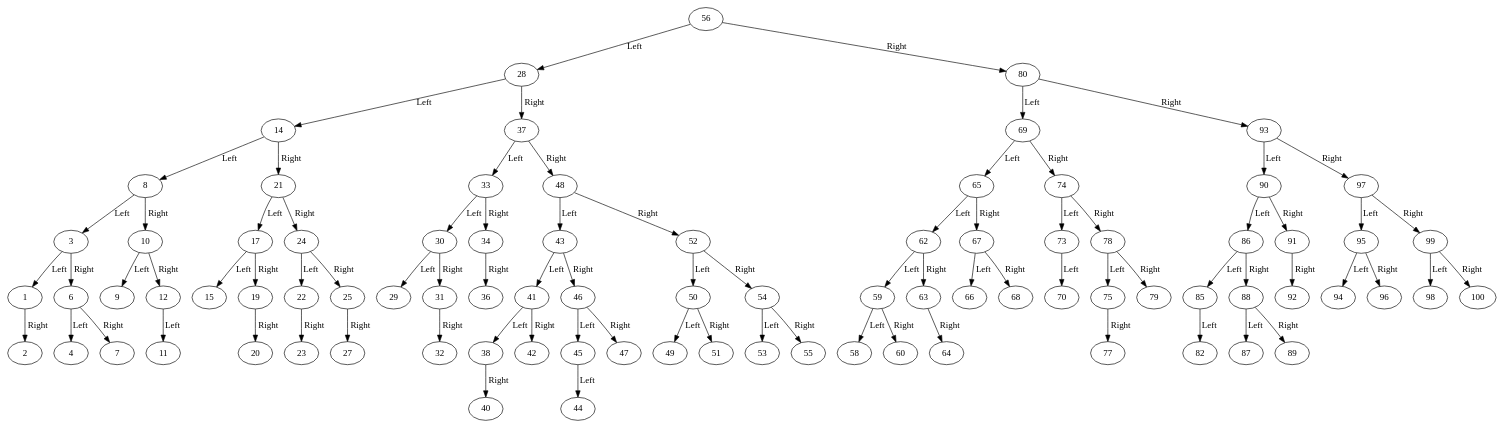
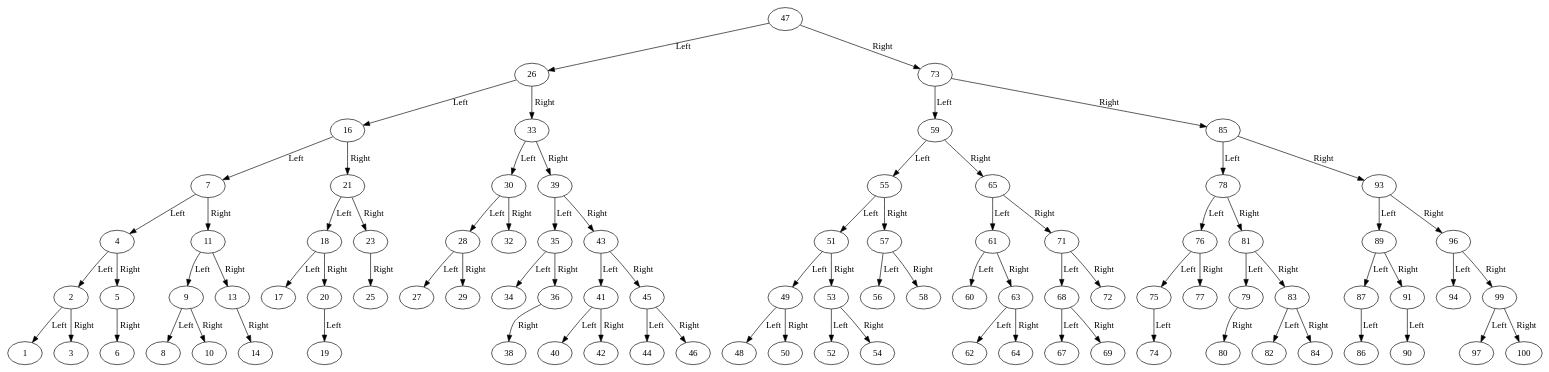
One commit to stephgrotewold/Parcial2ED changed the diagram in AVL-TREE.gv. Above: the diagram before and after it, drawn with Graphviz. The commit also changed 1 other file, not shown here.

```diff
--- a/AVL-TREE.gv
+++ b/AVL-TREE.gv
@@ -1,172 +1,178 @@
 // AVL Tree
 digraph {
-	56 [label=56]
-	56 -> 28 [label=Left]
-	28 [label=28]
-	28 -> 14 [label=Left]
+	47 [label=47]
+	47 -> 26 [label=Left]
+	26 [label=26]
+	26 -> 16 [label=Left]
+	16 [label=16]
+	16 -> 7 [label=Left]
+	7 [label=7]
+	7 -> 4 [label=Left]
+	4 [label=4]
+	4 -> 2 [label=Left]
+	2 [label=2]
+	2 -> 1 [label=Left]
+	1 [label=1]
+	2 -> 3 [label=Right]
+	3 [label=3]
+	4 -> 5 [label=Right]
+	5 [label=5]
+	5 -> 6 [label=Right]
+	6 [label=6]
+	7 -> 11 [label=Right]
+	11 [label=11]
+	11 -> 9 [label=Left]
+	9 [label=9]
+	9 -> 8 [label=Left]
+	8 [label=8]
+	9 -> 10 [label=Right]
+	10 [label=10]
+	11 -> 13 [label=Right]
+	13 [label=13]
+	13 -> 14 [label=Right]
 	14 [label=14]
-	14 -> 8 [label=Left]
-	8 [label=8]
-	8 -> 3 [label=Left]
-	3 [label=3]
-	3 -> 1 [label=Left]
-	1 [label=1]
-	1 -> 2 [label=Right]
-	2 [label=2]
-	3 -> 6 [label=Right]
-	6 [label=6]
-	6 -> 4 [label=Left]
-	4 [label=4]
-	6 -> 7 [label=Right]
-	7 [label=7]
-	8 -> 10 [label=Right]
-	10 [label=10]
-	10 -> 9 [label=Left]
-	9 [label=9]
-	10 -> 12 [label=Right]
-	12 [label=12]
-	12 -> 11 [label=Left]
-	11 [label=11]
-	14 -> 21 [label=Right]
+	16 -> 21 [label=Right]
 	21 [label=21]
-	21 -> 17 [label=Left]
+	21 -> 18 [label=Left]
+	18 [label=18]
+	18 -> 17 [label=Left]
 	17 [label=17]
-	17 -> 15 [label=Left]
-	15 [label=15]
-	17 -> 19 [label=Right]
+	18 -> 20 [label=Right]
+	20 [label=20]
+	20 -> 19 [label=Left]
 	19 [label=19]
-	19 -> 20 [label=Right]
-	20 [label=20]
-	21 -> 24 [label=Right]
-	24 [label=24]
-	24 -> 22 [label=Left]
-	22 [label=22]
-	22 -> 23 [label=Right]
+	21 -> 23 [label=Right]
 	23 [label=23]
-	24 -> 25 [label=Right]
+	23 -> 25 [label=Right]
 	25 [label=25]
-	25 -> 27 [label=Right]
-	27 [label=27]
-	28 -> 37 [label=Right]
-	37 [label=37]
-	37 -> 33 [label=Left]
+	26 -> 33 [label=Right]
 	33 [label=33]
 	33 -> 30 [label=Left]
 	30 [label=30]
-	30 -> 29 [label=Left]
+	30 -> 28 [label=Left]
+	28 [label=28]
+	28 -> 27 [label=Left]
+	27 [label=27]
+	28 -> 29 [label=Right]
 	29 [label=29]
-	30 -> 31 [label=Right]
-	31 [label=31]
-	31 -> 32 [label=Right]
+	30 -> 32 [label=Right]
 	32 [label=32]
-	33 -> 34 [label=Right]
+	33 -> 39 [label=Right]
+	39 [label=39]
+	39 -> 35 [label=Left]
+	35 [label=35]
+	35 -> 34 [label=Left]
 	34 [label=34]
-	34 -> 36 [label=Right]
+	35 -> 36 [label=Right]
 	36 [label=36]
-	37 -> 48 [label=Right]
-	48 [label=48]
-	48 -> 43 [label=Left]
+	36 -> 38 [label=Right]
+	38 [label=38]
+	39 -> 43 [label=Right]
 	43 [label=43]
 	43 -> 41 [label=Left]
 	41 [label=41]
-	41 -> 38 [label=Left]
-	38 [label=38]
-	38 -> 40 [label=Right]
+	41 -> 40 [label=Left]
 	40 [label=40]
 	41 -> 42 [label=Right]
 	42 [label=42]
-	43 -> 46 [label=Right]
-	46 [label=46]
-	46 -> 45 [label=Left]
+	43 -> 45 [label=Right]
 	45 [label=45]
 	45 -> 44 [label=Left]
 	44 [label=44]
-	46 -> 47 [label=Right]
-	47 [label=47]
-	48 -> 52 [label=Right]
+	45 -> 46 [label=Right]
+	46 [label=46]
+	47 -> 73 [label=Right]
+	73 [label=73]
+	73 -> 59 [label=Left]
+	59 [label=59]
+	59 -> 55 [label=Left]
+	55 [label=55]
+	55 -> 51 [label=Left]
+	51 [label=51]
+	51 -> 49 [label=Left]
+	49 [label=49]
+	49 -> 48 [label=Left]
+	48 [label=48]
+	49 -> 50 [label=Right]
+	50 [label=50]
+	51 -> 53 [label=Right]
+	53 [label=53]
+	53 -> 52 [label=Left]
 	52 [label=52]
-	52 -> 50 [label=Left]
-	50 [label=50]
-	50 -> 49 [label=Left]
-	49 [label=49]
-	50 -> 51 [label=Right]
-	51 [label=51]
-	52 -> 54 [label=Right]
+	53 -> 54 [label=Right]
 	54 [label=54]
-	54 -> 53 [label=Left]
-	53 [label=53]
-	54 -> 55 [label=Right]
-	55 [label=55]
-	56 -> 80 [label=Right]
-	80 [label=80]
-	80 -> 69 [label=Left]
-	69 [label=69]
-	69 -> 65 [label=Left]
+	55 -> 57 [label=Right]
+	57 [label=57]
+	57 -> 56 [label=Left]
+	56 [label=56]
+	57 -> 58 [label=Right]
+	58 [label=58]
+	59 -> 65 [label=Right]
 	65 [label=65]
-	65 -> 62 [label=Left]
+	65 -> 61 [label=Left]
+	61 [label=61]
+	61 -> 60 [label=Left]
+	60 [label=60]
+	61 -> 63 [label=Right]
+	63 [label=63]
+	63 -> 62 [label=Left]
 	62 [label=62]
-	62 -> 59 [label=Left]
-	59 [label=59]
-	59 -> 58 [label=Left]
-	58 [label=58]
-	59 -> 60 [label=Right]
-	60 [label=60]
-	62 -> 63 [label=Right]
-	63 [label=63]
 	63 -> 64 [label=Right]
 	64 [label=64]
-	65 -> 67 [label=Right]
+	65 -> 71 [label=Right]
+	71 [label=71]
+	71 -> 68 [label=Left]
+	68 [label=68]
+	68 -> 67 [label=Left]
 	67 [label=67]
-	67 -> 66 [label=Left]
-	66 [label=66]
-	67 -> 68 [label=Right]
-	68 [label=68]
-	69 -> 74 [label=Right]
+	68 -> 69 [label=Right]
+	69 [label=69]
+	71 -> 72 [label=Right]
+	72 [label=72]
+	73 -> 85 [label=Right]
+	85 [label=85]
+	85 -> 78 [label=Left]
+	78 [label=78]
+	78 -> 76 [label=Left]
+	76 [label=76]
+	76 -> 75 [label=Left]
+	75 [label=75]
+	75 -> 74 [label=Left]
 	74 [label=74]
-	74 -> 73 [label=Left]
-	73 [label=73]
-	73 -> 70 [label=Left]
-	70 [label=70]
-	74 -> 78 [label=Right]
-	78 [label=78]
-	78 -> 75 [label=Left]
-	75 [label=75]
-	75 -> 77 [label=Right]
+	76 -> 77 [label=Right]
 	77 [label=77]
-	78 -> 79 [label=Right]
+	78 -> 81 [label=Right]
+	81 [label=81]
+	81 -> 79 [label=Left]
 	79 [label=79]
-	80 -> 93 [label=Right]
+	79 -> 80 [label=Right]
+	80 [label=80]
+	81 -> 83 [label=Right]
+	83 [label=83]
+	83 -> 82 [label=Left]
+	82 [label=82]
+	83 -> 84 [label=Right]
+	84 [label=84]
+	85 -> 93 [label=Right]
 	93 [label=93]
-	93 -> 90 [label=Left]
+	93 -> 89 [label=Left]
+	89 [label=89]
+	89 -> 87 [label=Left]
+	87 [label=87]
+	87 -> 86 [label=Left]
+	86 [label=86]
+	89 -> 91 [label=Right]
+	91 [label=91]
+	91 -> 90 [label=Left]
 	90 [label=90]
-	90 -> 86 [label=Left]
-	86 [label=86]
-	86 -> 85 [label=Left]
-	85 [label=85]
-	85 -> 82 [label=Left]
-	82 [label=82]
-	86 -> 88 [label=Right]
-	88 [label=88]
-	88 -> 87 [label=Left]
-	87 [label=87]
-	88 -> 89 [label=Right]
-	89 [label=89]
-	90 -> 91 [label=Right]
-	91 [label=91]
-	91 -> 92 [label=Right]
-	92 [label=92]
-	93 -> 97 [label=Right]
+	93 -> 96 [label=Right]
+	96 [label=96]
+	96 -> 94 [label=Left]
+	94 [label=94]
+	96 -> 99 [label=Right]
+	99 [label=99]
+	99 -> 97 [label=Left]
 	97 [label=97]
-	97 -> 95 [label=Left]
-	95 [label=95]
-	95 -> 94 [label=Left]
-	94 [label=94]
-	95 -> 96 [label=Right]
-	96 [label=96]
-	97 -> 99 [label=Right]
-	99 [label=99]
-	99 -> 98 [label=Left]
-	98 [label=98]
 	99 -> 100 [label=Right]
 	100 [label=100]
 }
```
